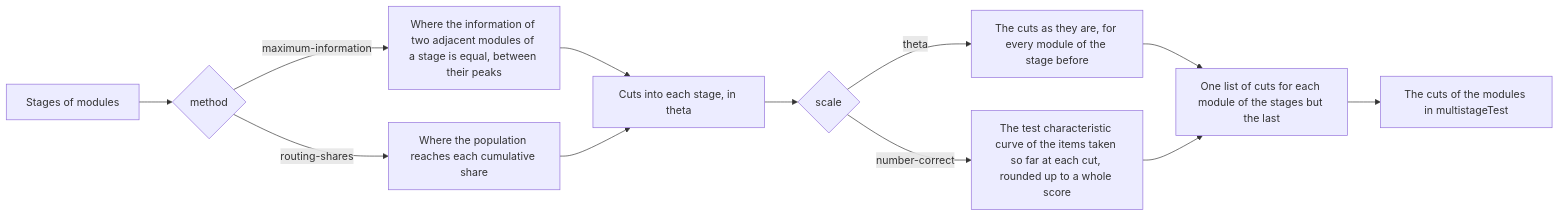
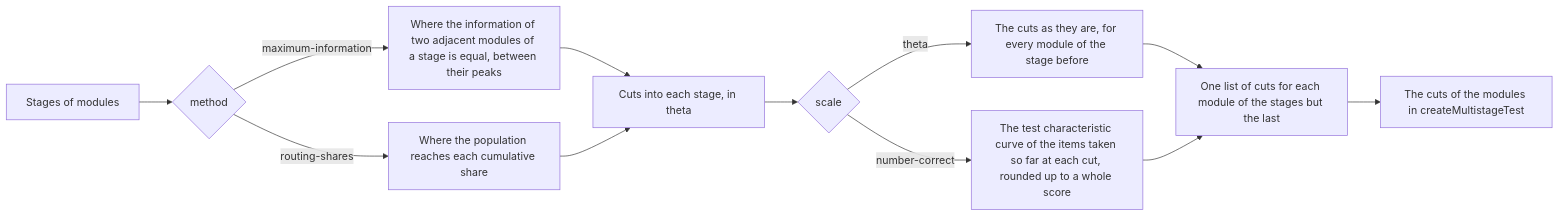
One commit to measurekit/measurekit changed the fifth of 6 diagrams in docs/psychometrics/cat.md. Above: the diagram before and after it, drawn with Mermaid. The commit also changed other lines of this file and 118 other files, not shown here.

````diff
--- a/docs/psychometrics/cat.md
+++ b/docs/psychometrics/cat.md
@@ -1036,14 +1047,14 @@
 ```mermaid
 flowchart LR
   S["Stages of modules"] --> M{"method"}
   M -->|maximum-information| I["Where the information of two adjacent modules of a stage is equal, between their peaks"]
   M -->|routing-shares| Q["Where the population reaches each cumulative share"]
   I --> T["Cuts into each stage, in theta"]
   Q --> T
   T --> C{"scale"}
   C -->|theta| R["The cuts as they are, for every module of the stage before"]
   C -->|number-correct| N["The test characteristic curve of the items taken so far at each cut, rounded up to a whole score"]
   R --> O["One list of cuts for each module of the stages but the last"]
   N --> O
-  O --> P["The cuts of the modules in multistageTest"]
+  O --> P["The cuts of the modules in createMultistageTest"]
 ```
````
